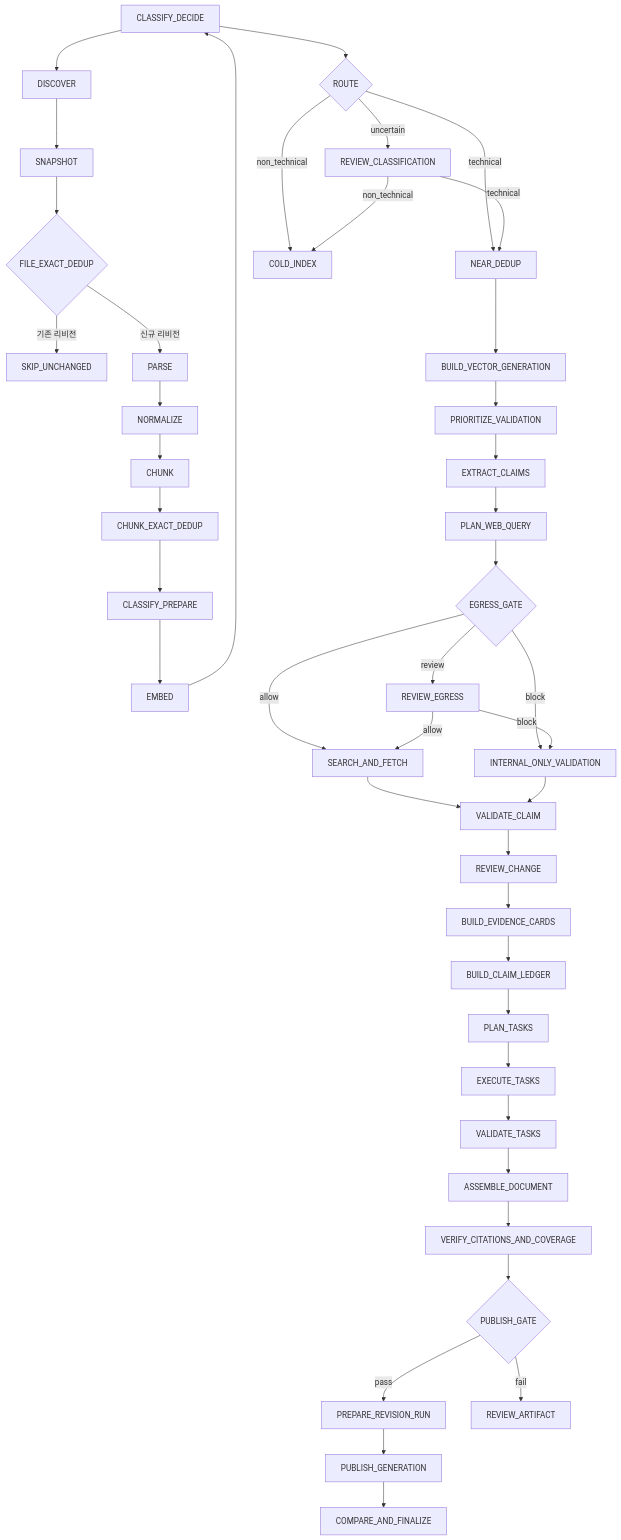
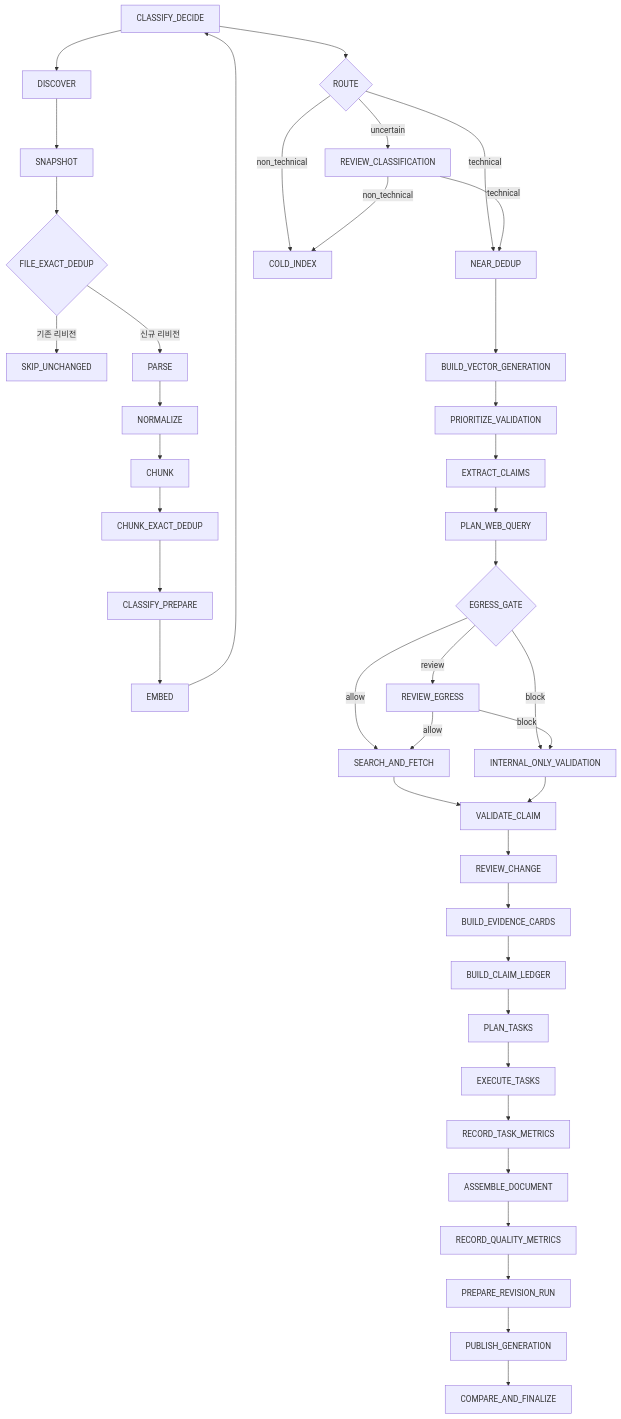
Before and after one commit to creatorjun/RAG: the diagram in docs/pipeline.md, drawn with Mermaid. The commit also changed other lines of this file and 43 other files, not shown here.

````diff
--- a/docs/pipeline.md
+++ b/docs/pipeline.md
@@ -6,45 +6,43 @@
 ```mermaid
 flowchart TD
     J["CREATE_JOB"] --> A["DISCOVER"]
     A --> B["SNAPSHOT"]
     B --> C{"FILE_EXACT_DEDUP"}
     C -->|"기존 리비전"| Z["SKIP_UNCHANGED"]
     C -->|"신규 리비전"| D["PARSE"]
     D --> E["NORMALIZE"]
     E --> F["CHUNK"]
     F --> G["CHUNK_EXACT_DEDUP"]
     G --> H["CLASSIFY_PREPARE"]
     H --> I["EMBED"]
     I --> J["CLASSIFY_DECIDE"]
     J --> K{"ROUTE"}
     K -->|"technical"| L["NEAR_DEDUP"]
     K -->|"uncertain"| M["REVIEW_CLASSIFICATION"]
     K -->|"non_technical"| N["COLD_INDEX"]
     M -->|"technical"| L
     M -->|"non_technical"| N
     L --> O["BUILD_VECTOR_GENERATION"]
     O --> P["PRIORITIZE_VALIDATION"]
     P --> Q["EXTRACT_CLAIMS"]
     Q --> R["PLAN_WEB_QUERY"]
     R --> S{"EGRESS_GATE"}
     S -->|"allow"| T["SEARCH_AND_FETCH"]
     S -->|"block"| U["INTERNAL_ONLY_VALIDATION"]
     S -->|"review"| V["REVIEW_EGRESS"]
     T --> W["VALIDATE_CLAIM"]
     U --> W
     V -->|"allow"| T
     V -->|"block"| U
     W --> X["REVIEW_CHANGE"]
     X --> Y["BUILD_EVIDENCE_CARDS"]
     Y --> AA["BUILD_CLAIM_LEDGER"]
     AA --> AB["PLAN_TASKS"]
     AB --> AC["EXECUTE_TASKS"]
-    AC --> AH["VALIDATE_TASKS"]
+    AC --> AH["RECORD_TASK_METRICS"]
     AH --> AI["ASSEMBLE_DOCUMENT"]
-    AI --> AJ["VERIFY_CITATIONS_AND_COVERAGE"]
-    AJ --> AD{"PUBLISH_GATE"}
-    AD -->|"pass"| PRE["PREPARE_REVISION_RUN"]
+    AI --> AJ["RECORD_QUALITY_METRICS"]
+    AJ --> PRE["PREPARE_REVISION_RUN"]
     PRE --> AE["PUBLISH_GENERATION"]
     AE --> AG["COMPARE_AND_FINALIZE"]
-    AD -->|"fail"| AF["REVIEW_ARTIFACT"]
 ```
````
